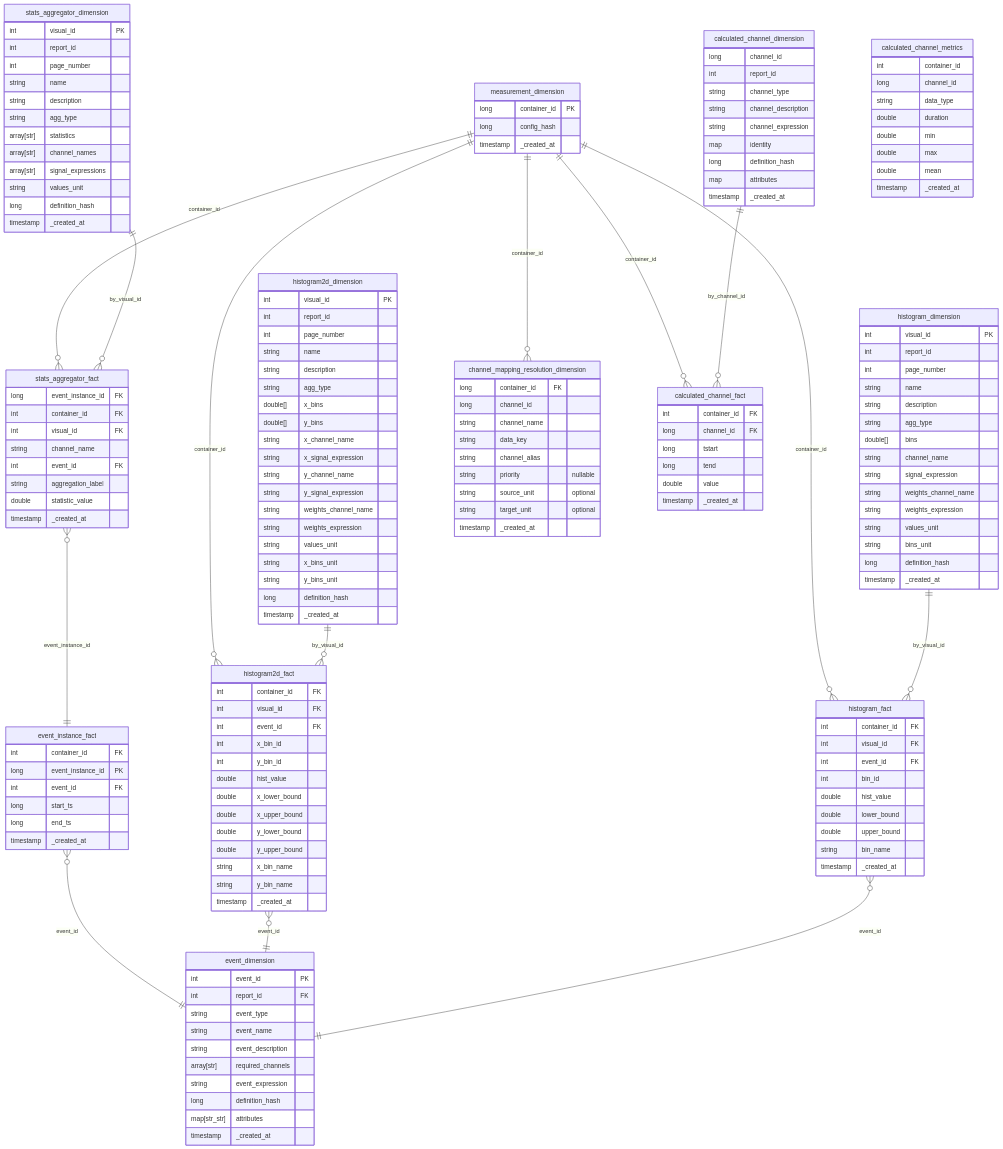
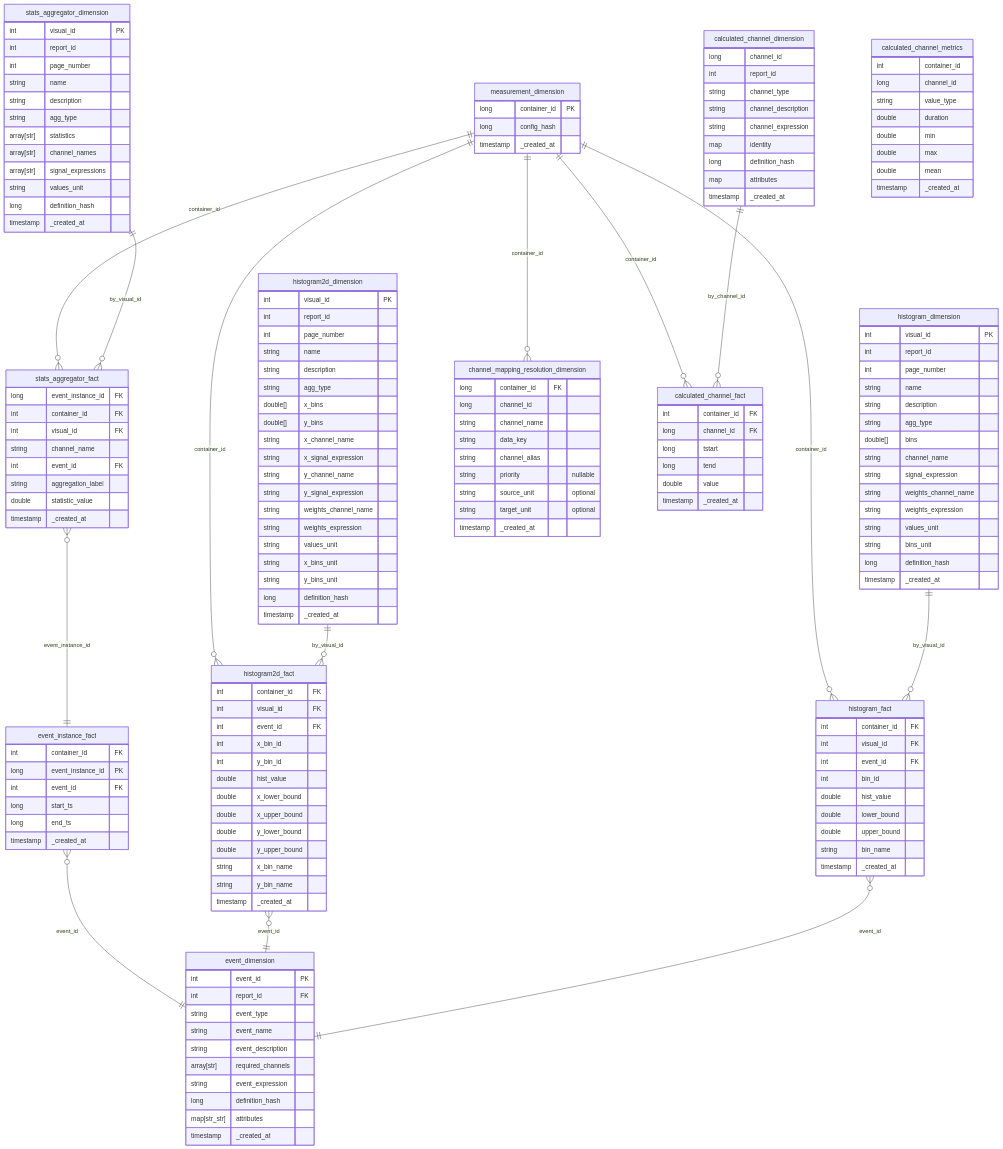
One commit to databrickslabs/impulse changed the diagram in docs/impulse/docs/data_model/gold_layer_event_normalized.md. Above: the diagram before and after it, drawn with Mermaid. The commit also changed 6 other files, not shown here.

Commit message:
Rename `data_type` to `value_type` in calculated channel metrics output

```diff
--- a/docs/impulse/docs/data_model/gold_layer_event_normalized.md
+++ b/docs/impulse/docs/data_model/gold_layer_event_normalized.md
@@ -189,7 +189,7 @@
 calculated_channel_metrics {
     int container_id
     long channel_id
-    string data_type
+    string value_type
     double duration
     double min
     double max
```
